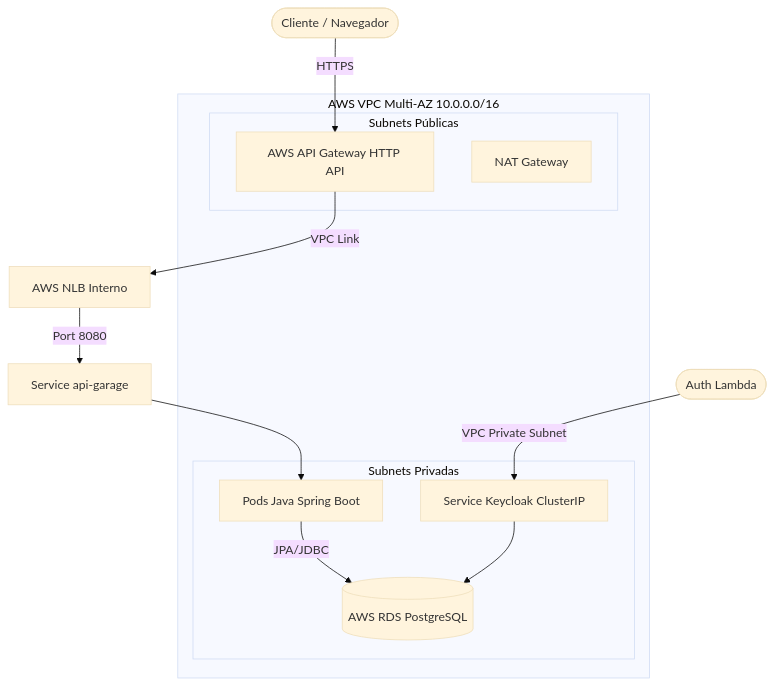
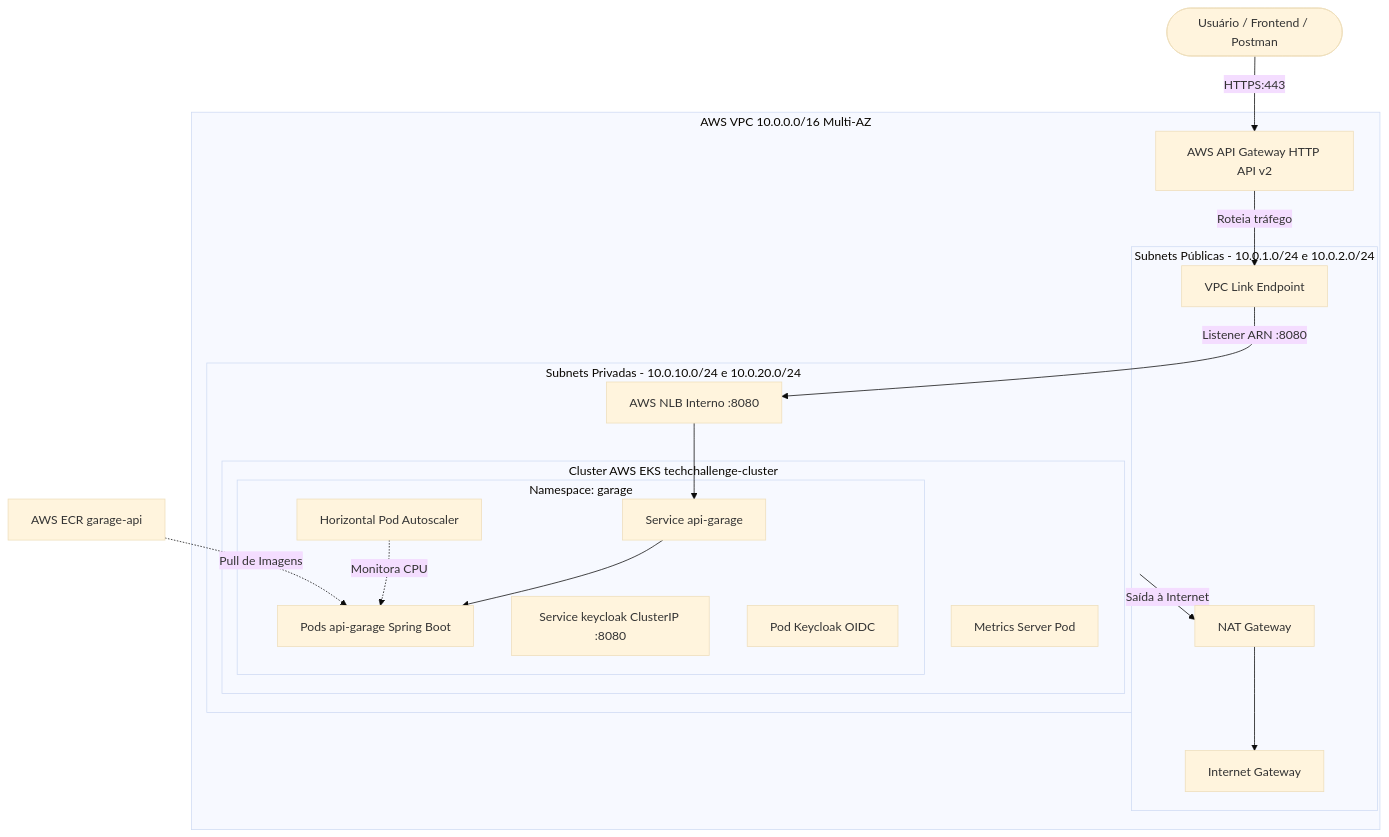
One commit to rodsordi/15-soat-tech-challenge-iac-k8s changed the diagram in README.md. Above: the diagram before and after it, drawn with Mermaid (base theme). The commit also changed other lines of this file, not shown here.

Commit message:
docs(iac-k8s): update README with 5 standardized items (purpose, tech stack, deploy steps, architecture diagram and swagger/postman)

````diff
--- a/README.md
+++ b/README.md
@@ -9,23 +33,39 @@
 ```mermaid
 graph TD
-    Client([Cliente / Navegador]) -->|HTTPS| ApiGw[AWS API Gateway HTTP API]
-    ApiGw -->|VPC Link| NLB[AWS NLB Interno]
-    NLB -->|Port 8080| AppService[Service api-garage]
-    AppService --> AppPods[Pods Java Spring Boot]
-    AppPods -->|JPA/JDBC| RDS[(AWS RDS PostgreSQL)]
+    Client([Usuário / Frontend / Postman]) -->|HTTPS:443| ApiGateway[AWS API Gateway HTTP API v2]
     
-    Lambda([Auth Lambda]) -->|VPC Private Subnet| Keycloak[Service Keycloak ClusterIP]
-    Keycloak --> RDS
-    
-    subgraph VPC [AWS VPC Multi-AZ 10.0.0.0/16]
-        subgraph PublicSubnets [Subnets Públicas]
-            ApiGw
-            NAT[NAT Gateway]
+    subgraph AWS_VPC [AWS VPC 10.0.0.0/16 Multi-AZ]
+        subgraph PublicSubnets [Subnets Públicas - 10.0.1.0/24 e 10.0.2.0/24]
+            VpcLink[VPC Link Endpoint]
+            NATGW[NAT Gateway]
+            IGW[Internet Gateway]
         end
-        subgraph PrivateSubnets [Subnets Privadas]
-            AppPods
-            Keycloak
-            RDS
+        
+        ApiGateway -->|Roteia tráfego| VpcLink
+        
+        subgraph PrivateSubnets [Subnets Privadas - 10.0.10.0/24 e 10.0.20.0/24]
+            InternalNLB[AWS NLB Interno :8080]
+            
+            subgraph EKSCluster [Cluster AWS EKS techchallenge-cluster]
+                subgraph NamespaceGarage [Namespace: garage]
+                    AppService[Service api-garage]
+                    AppPods[Pods api-garage Spring Boot]
+                    KeycloakService[Service keycloak ClusterIP :8080]
+                    KeycloakPods[Pod Keycloak OIDC]
+                    HPAScaler[Horizontal Pod Autoscaler]
+                end
+                
+                MetricsServer[Metrics Server Pod]
+            end
         end
+        
+        VpcLink -->|Listener ARN :8080| InternalNLB
+        InternalNLB --> AppService
+        AppService --> AppPods
+        HPAScaler -.->|Monitora CPU| AppPods
+        PrivateSubnets -->|Saída à Internet| NATGW
+        NATGW --> IGW
     end
+
+    ECR[AWS ECR garage-api] -.->|Pull de Imagens| AppPods
 ```
````
